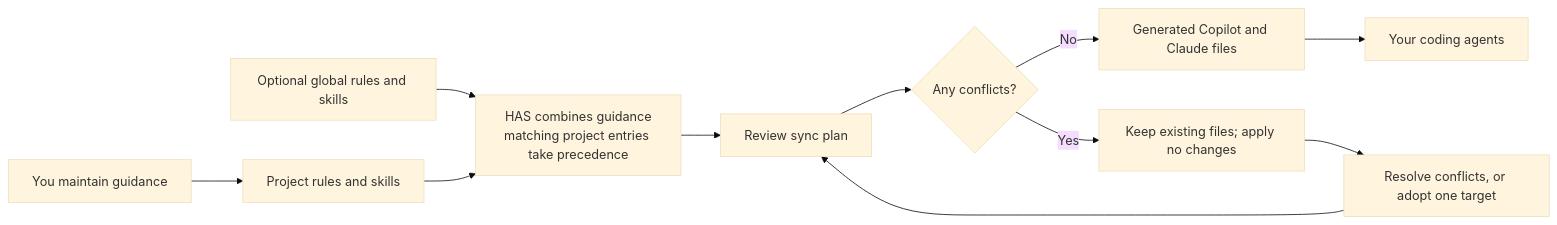
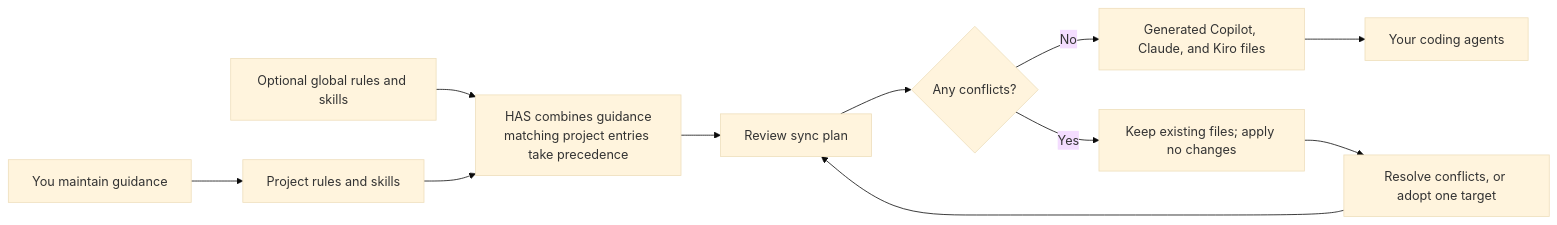
The diagram in README.md (Fabr1ce/human-agent-space), drawn with Mermaid (base theme) before and after one commit. The commit also changed other lines of this file and 14 other files, not shown here.

````diff
--- a/README.md
+++ b/README.md
@@ -16,13 +16,13 @@
 ```mermaid
 flowchart LR
   person["You maintain guidance"] --> project["Project rules and skills"]
   global["Optional global rules and skills"] --> combine["HAS combines guidance<br/>matching project entries take precedence"]
   project --> combine
   combine --> preview["Review sync plan"]
   preview --> decision{"Any conflicts?"}
-  decision -- No --> generated["Generated Copilot and Claude files"]
+  decision -- No --> generated["Generated Copilot, Claude, and Kiro files"]
   generated --> agents["Your coding agents"]
   decision -- Yes --> preserved["Keep existing files; apply no changes"]
   preserved --> resolve["Resolve conflicts, or adopt one target"]
   resolve --> preview
 ```
````
